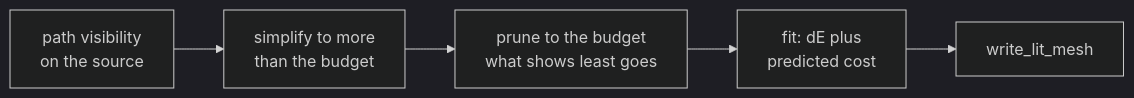
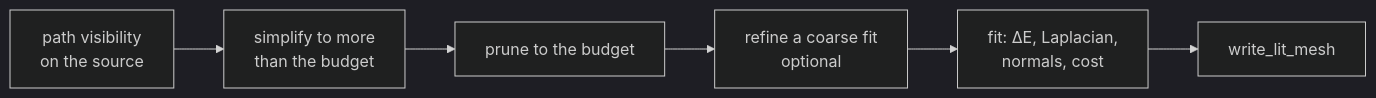
Before and after one commit to jose-villegas/autana: the third of 4 diagrams in docs/render/Mesh-Import.md, drawn with Mermaid (dark theme). The commit also changed other lines of this file and 19 other files, not shown here.

````diff
--- a/docs/render/Mesh-Import.md
+++ b/docs/render/Mesh-Import.md
@@ -328,7 +372,8 @@
 ```mermaid
 flowchart LR
     V[path visibility<br/>on the source] --> S[simplify to more<br/>than the budget]
-    S --> P[prune to the budget<br/>what shows least goes]
-    P --> F[fit: dE plus<br/>predicted cost]
+    S --> P[prune to the budget]
+    P --> R[refine a coarse fit<br/>optional]
+    R --> F[fit: ΔE, Laplacian,<br/>normals, cost]
     F --> W[write_lit_mesh]
 ```
````
